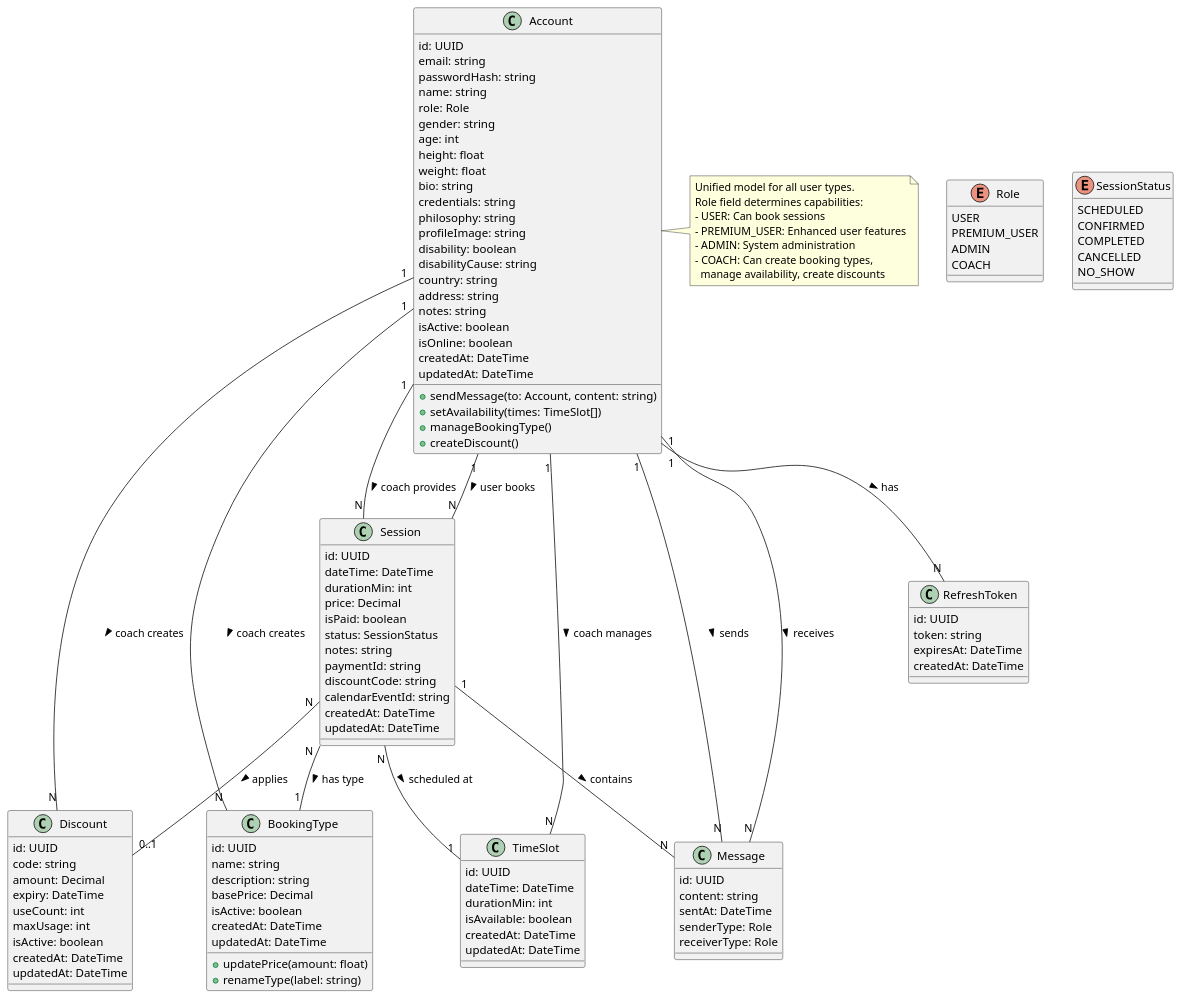
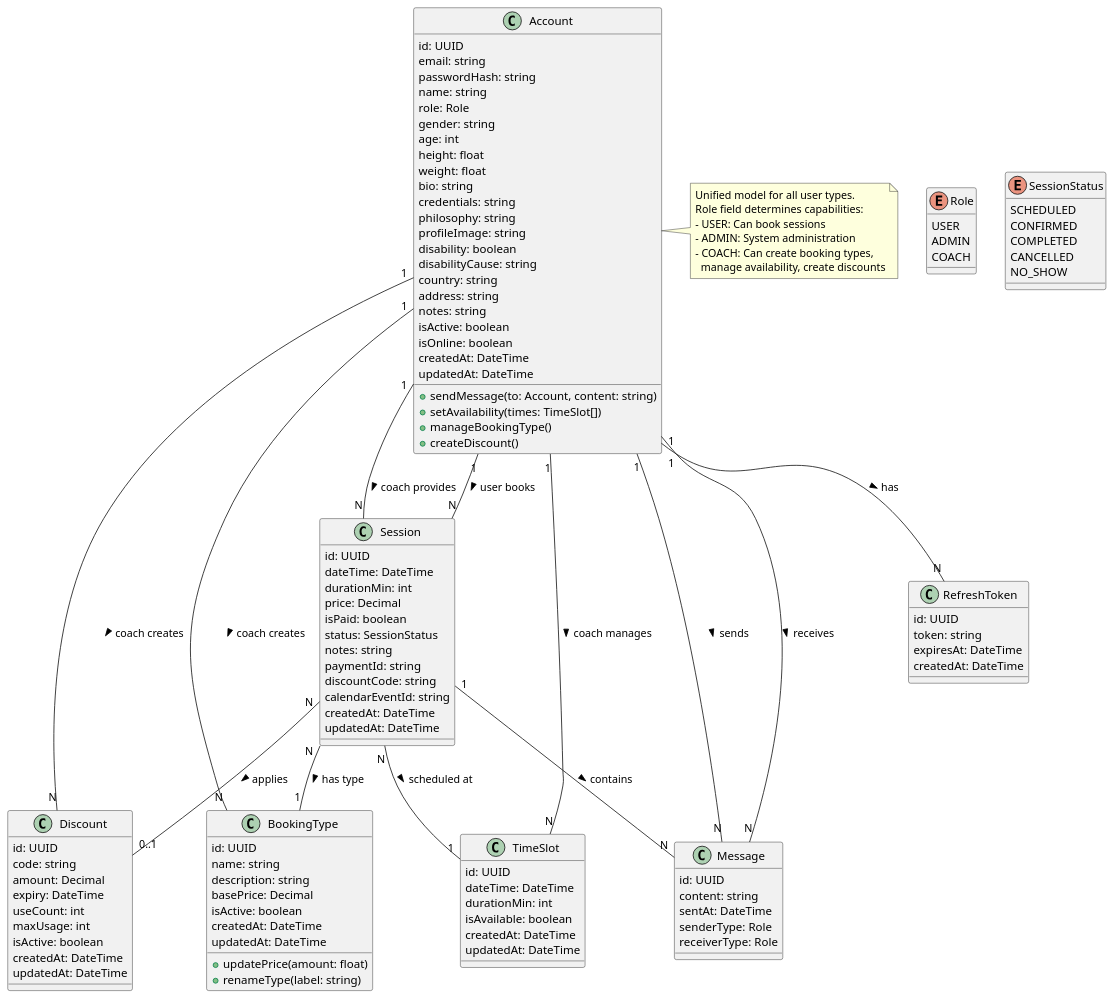
One commit to ahmed-n-abdeltwab/tennis-coach-platform changed the diagram in docs/diagrams/class.puml. Above: the diagram before and after it, drawn with PlantUML. The commit also changed 7 other files, not shown here.

```diff
--- a/docs/diagrams/class.puml
+++ b/docs/diagrams/class.puml
@@ -1,140 +1,138 @@
 @startuml
 enum Role {
   USER
-  PREMIUM_USER
   ADMIN
   COACH
 }
 
 enum SessionStatus {
   SCHEDULED
   CONFIRMED
   COMPLETED
   CANCELLED
   NO_SHOW
 }
 
 class Account {
   id: UUID
   email: string
   passwordHash: string
   name: string
   role: Role
   gender: string
   age: int
   height: float
   weight: float
   bio: string
   credentials: string
   philosophy: string
   profileImage: string
   disability: boolean
   disabilityCause: string
   country: string
   address: string
   notes: string
   isActive: boolean
   isOnline: boolean
   createdAt: DateTime
   updatedAt: DateTime
   +sendMessage(to: Account, content: string)
   +setAvailability(times: TimeSlot[])
   +manageBookingType()
   +createDiscount()
 }
 
 class BookingType {
   id: UUID
   name: string
   description: string
   basePrice: Decimal
   isActive: boolean
   createdAt: DateTime
   updatedAt: DateTime
   +updatePrice(amount: float)
   +renameType(label: string)
 }
 
 class Session {
   id: UUID
   dateTime: DateTime
   durationMin: int
   price: Decimal
   isPaid: boolean
   status: SessionStatus
   notes: string
   paymentId: string
   discountCode: string
   calendarEventId: string
   createdAt: DateTime
   updatedAt: DateTime
 }
 
 class Discount {
   id: UUID
   code: string
   amount: Decimal
   expiry: DateTime
   useCount: int
   maxUsage: int
   isActive: boolean
   createdAt: DateTime
   updatedAt: DateTime
 }
 
 class Message {
   id: UUID
   content: string
   sentAt: DateTime
   senderType: Role
   receiverType: Role
 }
 
 class TimeSlot {
   id: UUID
   dateTime: DateTime
   durationMin: int
   isAvailable: boolean
   createdAt: DateTime
   updatedAt: DateTime
 }
 
 class RefreshToken {
   id: UUID
   token: string
   expiresAt: DateTime
   createdAt: DateTime
 }
 
 ' Account relationships (Coach role)
 Account "1" -- "N" BookingType : coach creates >
 Account "1" -- "N" TimeSlot : coach manages >
 Account "1" -- "N" Discount : coach creates >
 
 ' Account relationships (User/Coach sessions)
 Account "1" -- "N" Session : user books >
 Account "1" -- "N" Session : coach provides >
 
 ' Account relationships (Messages)
 Account "1" -- "N" Message : sends >
 Account "1" -- "N" Message : receives >
 
 ' Account relationships (Auth)
 Account "1" -- "N" RefreshToken : has >
 
 ' Session relationships
 Session "N" -- "1" BookingType : has type >
 Session "N" -- "1" TimeSlot : scheduled at >
 Session "N" -- "0..1" Discount : applies >
 Session "1" -- "N" Message : contains >
 
 note right of Account
   Unified model for all user types.
   Role field determines capabilities:
   - USER: Can book sessions
-  - PREMIUM_USER: Enhanced user features
   - ADMIN: System administration
   - COACH: Can create booking types,
     manage availability, create discounts
 end note
 @enduml
```
